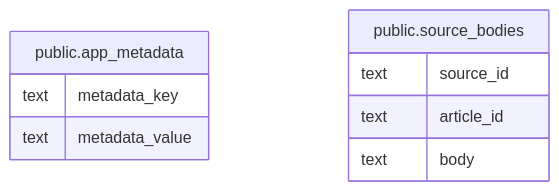
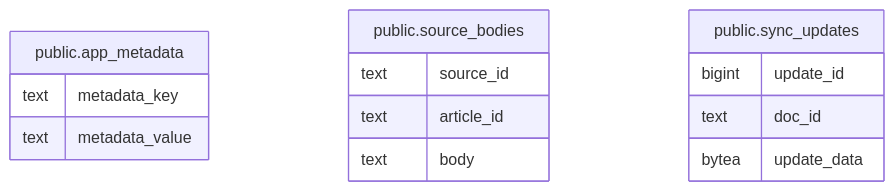
One commit to fohte/blog-writer changed the diagram in backend/docs/db/README.md. Above: the diagram before and after it, drawn with Mermaid. The commit also changed other lines of this file and 17 other files, not shown here.

````diff
--- a/backend/docs/db/README.md
+++ b/backend/docs/db/README.md
@@ -12,14 +13,19 @@
 ```mermaid
 erDiagram
 
 
 "public.app_metadata" {
   text metadata_key
   text metadata_value
 }
 "public.source_bodies" {
   text source_id
   text article_id
   text body
 }
+"public.sync_updates" {
+  bigint update_id
+  text doc_id
+  bytea update_data
+}
 ```
````
